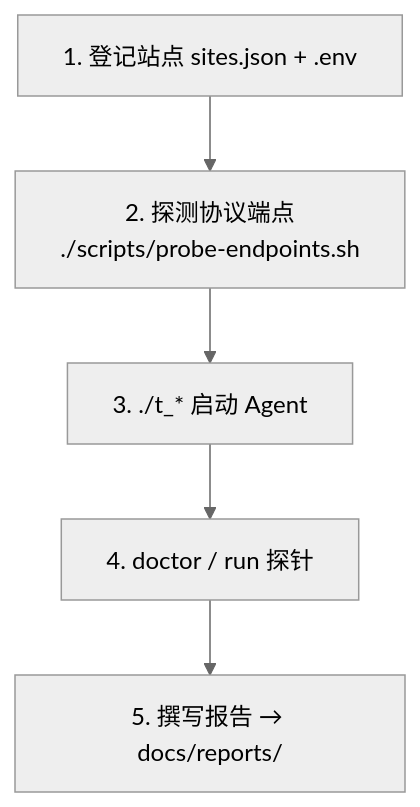
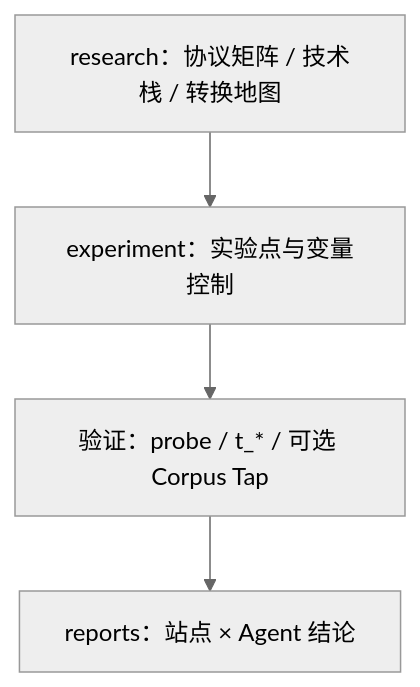
The diagram in README.md (manwjh/api_compatible), drawn with Mermaid (neutral theme) before and after one commit. The commit also changed other lines of this file and 34 other files, not shown here.

First line of the commit message:
Reframe repo as research-first; reorganize docs and add Corpus Tap.

````diff
--- a/README.md
+++ b/README.md
@@ -138,10 +58,9 @@
 ```mermaid
 flowchart TD
-  S1["1. 登记站点 sites.json + .env"]
-  S2["2. 探测协议端点\n./scripts/probe-endpoints.sh"]
-  S3["3. ./t_* 启动 Agent"]
-  S4["4. doctor / run 探针"]
-  S5["5. 撰写报告 → docs/reports/"]
+  R["research：协议矩阵 / 技术栈 / 转换地图"]
+  E["experiment：实验点与变量控制"]
+  V["验证：probe / t_* / 可选 Corpus Tap"]
+  P["reports：站点 × Agent 结论"]
 
-  S1 --> S2 --> S3 --> S4 --> S5
+  R --> E --> V --> P
 ```
````
